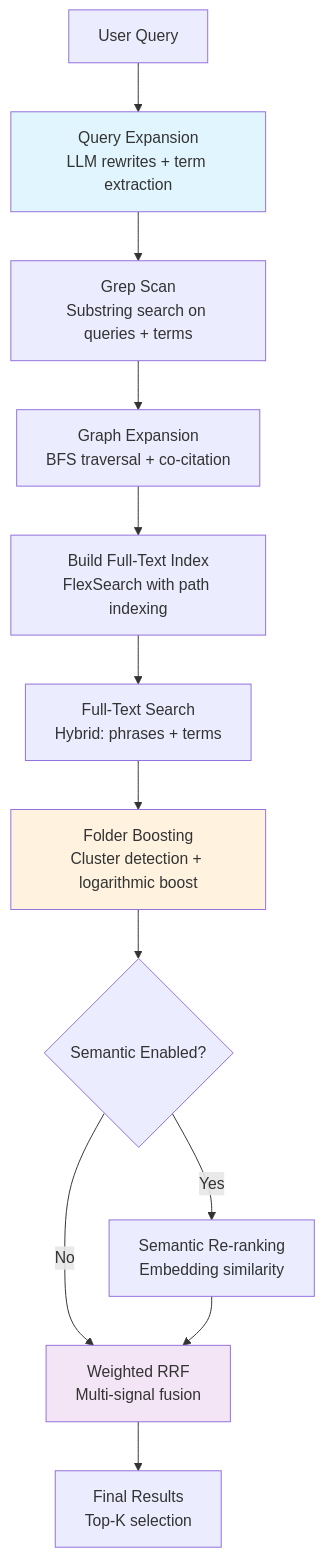
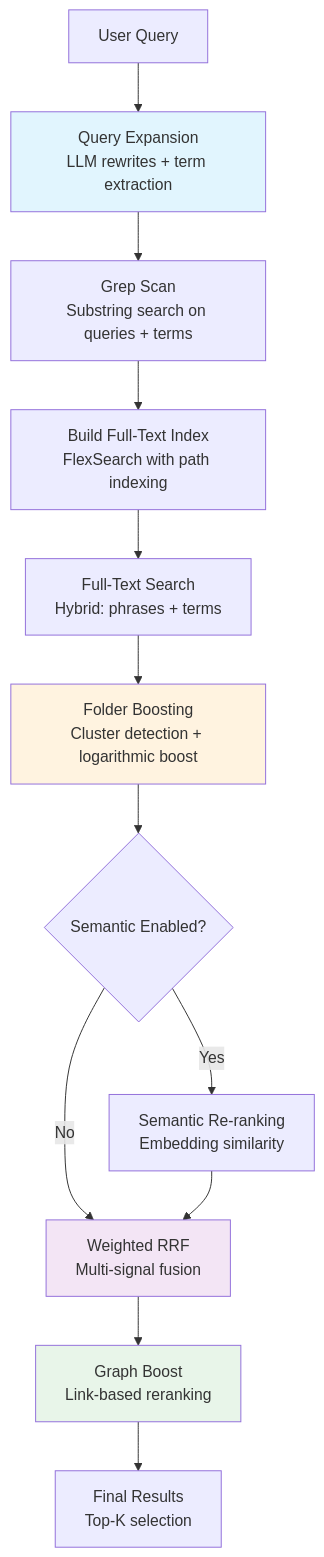
Before and after one commit to logancyang/obsidian-copilot: the first of 2 diagrams in src/search/v3/README.md, drawn with Mermaid. The commit also changed other lines of this file and 11 other files, not shown here.

First line of the commit message:
Implement graph boost and remove graph expander

````diff
--- a/src/search/v3/README.md
+++ b/src/search/v3/README.md
@@ -92,18 +91,19 @@
 ```mermaid
 graph TD
     A[User Query] --> B[Query Expansion<br/>LLM rewrites + term extraction]
     B --> C[Grep Scan<br/>Substring search on queries + terms]
-    C --> D[Graph Expansion<br/>BFS traversal + co-citation]
-    D --> E[Build Full-Text Index<br/>FlexSearch with path indexing]
+    C --> E[Build Full-Text Index<br/>FlexSearch with path indexing]
     E --> F[Full-Text Search<br/>Hybrid: phrases + terms]
     F --> FB[Folder Boosting<br/>Cluster detection + logarithmic boost]
     FB --> G{Semantic Enabled?}
     G -->|Yes| H[Semantic Re-ranking<br/>Embedding similarity]
     G -->|No| I[Weighted RRF<br/>Multi-signal fusion]
     H --> I
-    I --> J[Final Results<br/>Top-K selection]
+    I --> GB[Graph Boost<br/>Link-based reranking]
+    GB --> J[Final Results<br/>Top-K selection]
 
     style B fill:#e1f5fe
     style FB fill:#fff3e0
+    style GB fill:#e8f5e9
     style I fill:#f3e5f5
 ```
````
